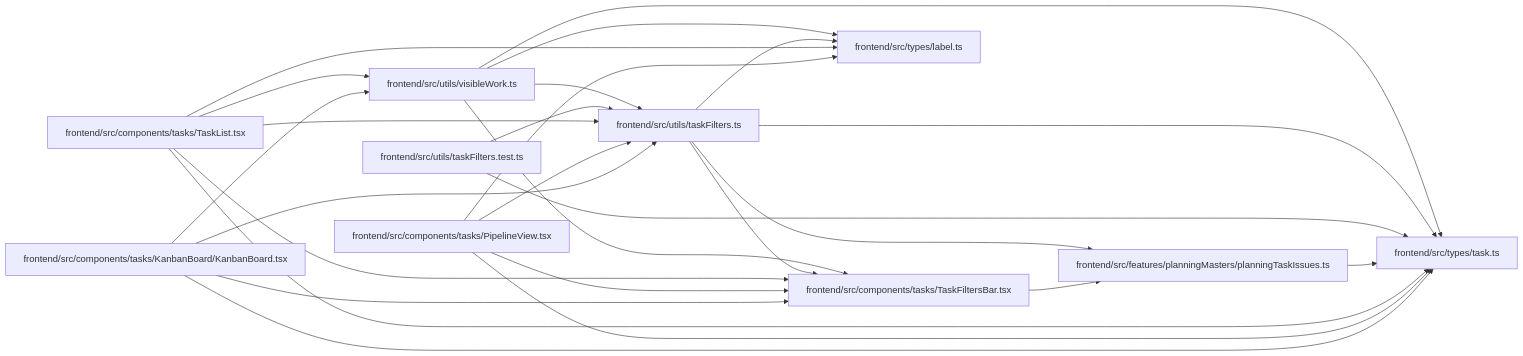
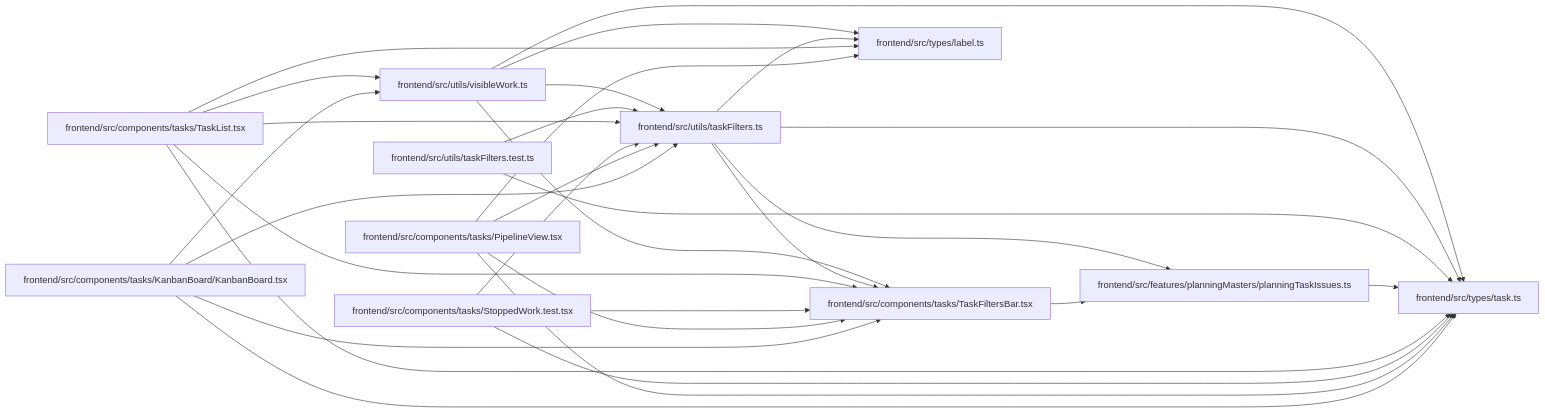
One commit to Denissvgn/WorkChord changed the diagram in docs/llm_wiki/modules/taskFilters.md. Above: the diagram before and after it, drawn with Mermaid. The commit also changed other lines of this file and 674 other files, not shown here.

Commit message:
Sync the architectural wiki for showing stopped work

````diff
--- a/docs/llm_wiki/modules/taskFilters.md
+++ b/docs/llm_wiki/modules/taskFilters.md
@@ -29,48 +29,53 @@
 ```mermaid
 flowchart LR
     n0["frontend/src/components/tasks/KanbanBoard/KanbanBoard.tsx"]
     n1["frontend/src/components/tasks/PipelineView.tsx"]
-    n2["frontend/src/components/tasks/TaskFiltersBar.tsx"]
-    n3["frontend/src/components/tasks/TaskList.tsx"]
-    n4["frontend/src/features/planningMasters/planningTaskIssues.ts"]
-    n5["frontend/src/types/label.ts"]
-    n6["frontend/src/types/task.ts"]
-    n7["frontend/src/utils/taskFilters.test.ts"]
-    n8["frontend/src/utils/taskFilters.ts"]
-    n9["frontend/src/utils/visibleWork.ts"]
-    n0 --> n2
-    n0 --> n6
-    n0 --> n8
+    n2["frontend/src/components/tasks/StoppedWork.test.tsx"]
+    n3["frontend/src/components/tasks/TaskFiltersBar.tsx"]
+    n4["frontend/src/components/tasks/TaskList.tsx"]
+    n5["frontend/src/features/planningMasters/planningTaskIssues.ts"]
+    n6["frontend/src/types/label.ts"]
+    n7["frontend/src/types/task.ts"]
+    n8["frontend/src/utils/taskFilters.test.ts"]
+    n9["frontend/src/utils/taskFilters.ts"]
+    n10["frontend/src/utils/visibleWork.ts"]
+    n0 --> n3
+    n0 --> n7
     n0 --> n9
-    n1 --> n2
-    n1 --> n5
+    n0 --> n10
+    n1 --> n3
     n1 --> n6
-    n1 --> n8
-    n2 --> n4
-    n3 --> n2
+    n1 --> n7
+    n1 --> n9
+    n2 --> n3
+    n2 --> n7
+    n2 --> n9
     n3 --> n5
-    n3 --> n6
-    n3 --> n8
-    n3 --> n9
+    n4 --> n3
     n4 --> n6
-    n7 --> n6
-    n7 --> n8
-    n8 --> n2
-    n8 --> n4
-    n8 --> n5
-    n8 --> n6
-    n9 --> n2
+    n4 --> n7
+    n4 --> n9
+    n4 --> n10
+    n5 --> n7
+    n8 --> n7
+    n8 --> n9
+    n9 --> n3
     n9 --> n5
     n9 --> n6
-    n9 --> n8
+    n9 --> n7
+    n10 --> n3
+    n10 --> n6
+    n10 --> n7
+    n10 --> n9
     click n0 "../modules/KanbanBoard.md"
     click n1 "../modules/PipelineView.md"
-    click n2 "../modules/TaskFiltersBar.md"
-    click n3 "../modules/TaskList.md"
-    click n4 "../modules/planningTaskIssues.md"
-    click n5 "../modules/types_label.md"
-    click n6 "../modules/types_task.md"
-    click n7 "../modules/taskFilters.test.md"
-    click n8 "../modules/taskFilters.md"
-    click n9 "../modules/visibleWork.md"
+    click n2 "../modules/StoppedWork.test.md"
+    click n3 "../modules/TaskFiltersBar.md"
+    click n4 "../modules/TaskList.md"
+    click n5 "../modules/planningTaskIssues.md"
+    click n6 "../modules/types_label.md"
+    click n7 "../modules/types_task.md"
+    click n8 "../modules/taskFilters.test.md"
+    click n9 "../modules/taskFilters.md"
+    click n10 "../modules/visibleWork.md"
 ```
````
